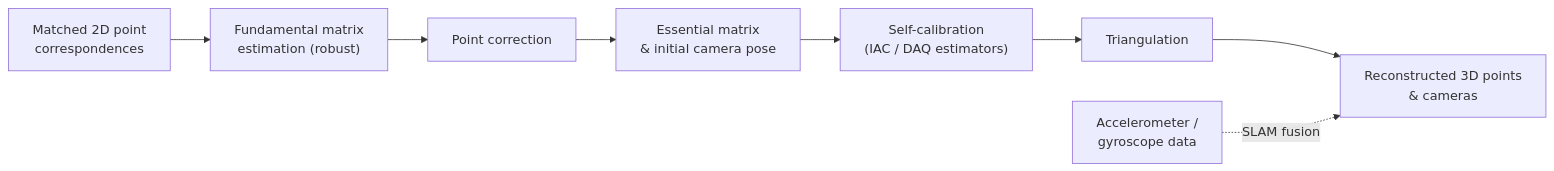
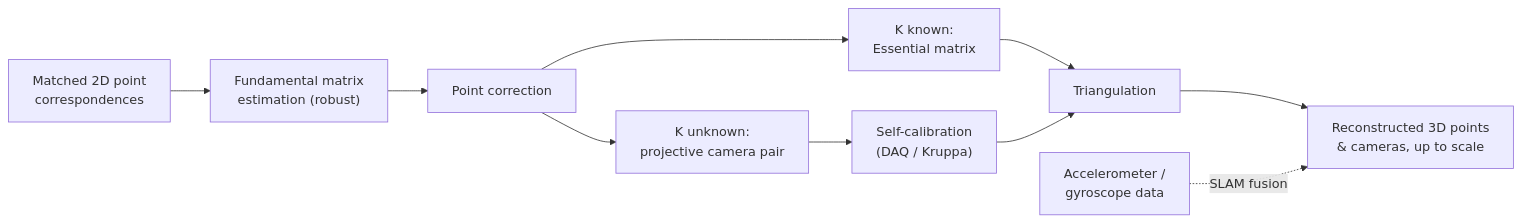
Before and after one commit to albertoirurueta/irurueta-ar: the diagram in docs/modules/ROOT/pages/index.adoc, drawn with Mermaid. The commit also changed other lines of this file and 15 other files, not shown here.

```diff
--- a/docs/modules/ROOT/pages/index.adoc
+++ b/docs/modules/ROOT/pages/index.adoc
@@ -37,11 +42,13 @@
 [mermaid]
 ....
 flowchart LR
     A["Matched 2D point<br/>correspondences"] --> B["Fundamental matrix<br/>estimation (robust)"]
     B --> C["Point correction"]
-    C --> D["Essential matrix<br/>&amp; initial camera pose"]
-    D --> E["Self-calibration<br/>(IAC / DAQ estimators)"]
-    E --> F["Triangulation"]
-    F --> G["Reconstructed 3D points<br/>&amp; cameras"]
+    C --> D1["K known:<br/>Essential matrix"]
+    C --> D2["K unknown:<br/>projective camera pair"]
+    D1 --> F["Triangulation"]
+    D2 --> E["Self-calibration<br/>(DAQ / Kruppa)"]
+    E --> F
+    F --> G["Reconstructed 3D points<br/>&amp; cameras, up to scale"]
     H["Accelerometer /<br/>gyroscope data"] -.SLAM fusion.-> G
 ....
```
